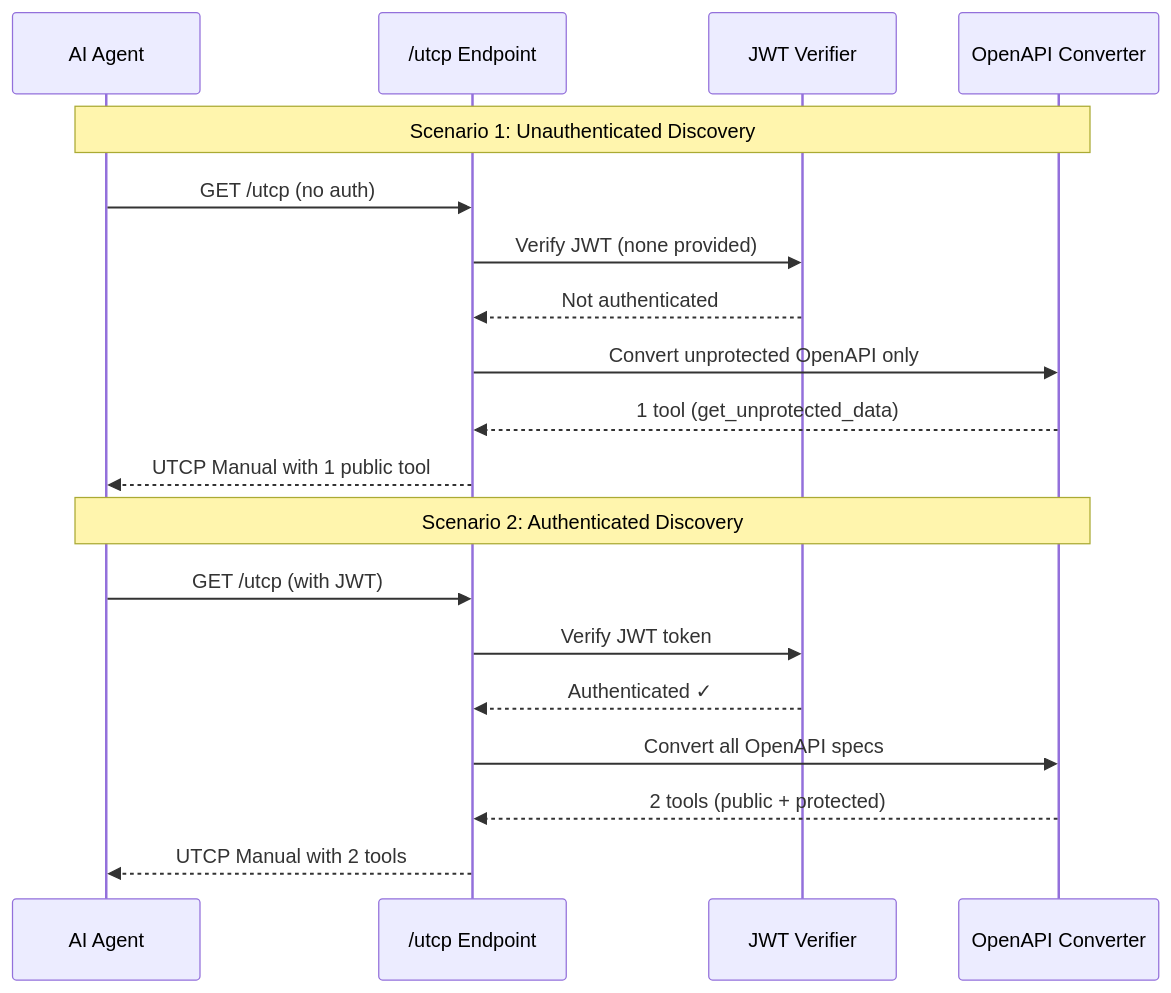
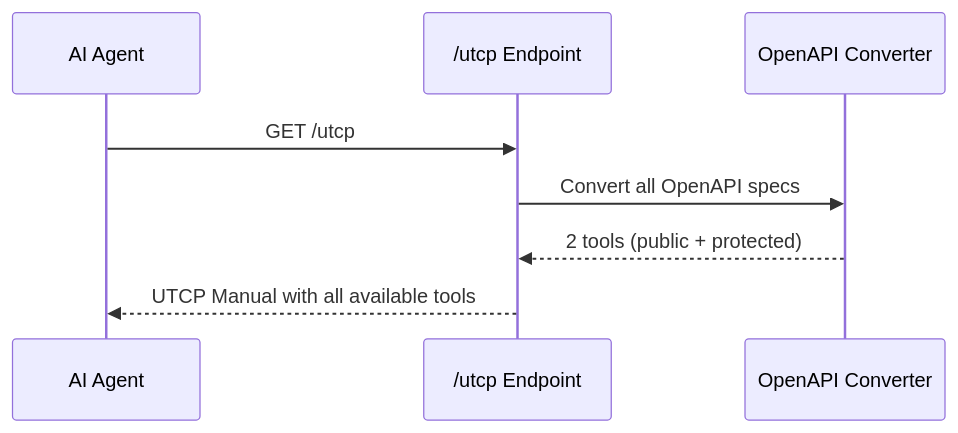
The second of 2 diagrams in README.md (Robobc/Transform-your-APIs-into-agent-tools-with-UTCP), drawn with Mermaid before and after one commit. The commit also changed other lines of this file and 3 other files, not shown here.

First line of the commit message:
Remove tiered discovery: UTCP endpoint now always returns all tools

````diff
--- a/README.md
+++ b/README.md
@@ -108,23 +108,11 @@
 ```mermaid
 sequenceDiagram
     participant AI as AI Agent
     participant UTCP as /utcp Endpoint
-    participant Auth as JWT Verifier
     participant Conv as OpenAPI Converter
     
-    Note over AI,Conv: Scenario 1: Unauthenticated Discovery
-    AI->>UTCP: GET /utcp (no auth)
-    UTCP->>Auth: Verify JWT (none provided)
-    Auth-->>UTCP: Not authenticated
-    UTCP->>Conv: Convert unprotected OpenAPI only
-    Conv-->>UTCP: 1 tool (get_unprotected_data)
-    UTCP-->>AI: UTCP Manual with 1 public tool
-    
-    Note over AI,Conv: Scenario 2: Authenticated Discovery
-    AI->>UTCP: GET /utcp (with JWT)
-    UTCP->>Auth: Verify JWT token
-    Auth-->>UTCP: Authenticated ✓
+    AI->>UTCP: GET /utcp
     UTCP->>Conv: Convert all OpenAPI specs
     Conv-->>UTCP: 2 tools (public + protected)
-    UTCP-->>AI: UTCP Manual with 2 tools
+    UTCP-->>AI: UTCP Manual with all available tools
 ```
````
